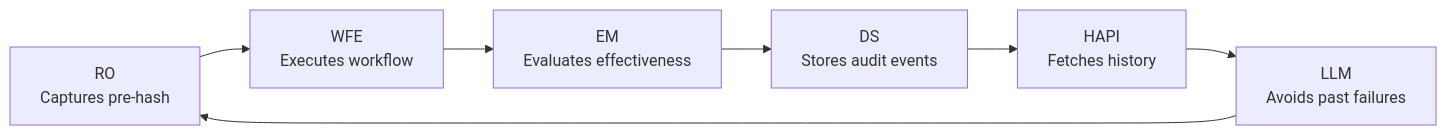
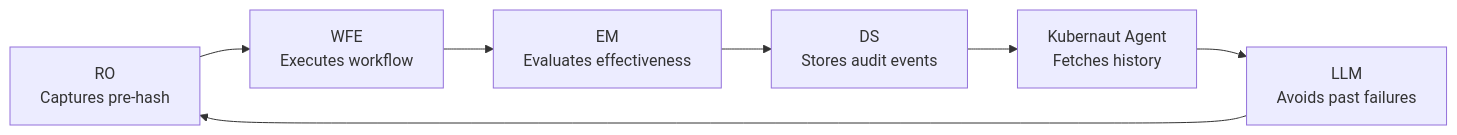
Before and after one commit to jordigilh/kubernaut-docs: the second of 3 diagrams in docs/architecture/hapi-investigation.md, drawn with Mermaid. The commit also changed other lines of this file and 44 other files, not shown here.

First line of the commit message:
docs: rename holmesgpt-api to kubernaut-agent across all docs (v1.3)

````diff
--- a/docs/architecture/hapi-investigation.md
+++ b/docs/architecture/hapi-investigation.md
@@ -352,9 +352,9 @@
 ```mermaid
 flowchart LR
     RO["RO<br/>Captures pre-hash"] --> WFE["WFE<br/>Executes workflow"]
     WFE --> EM["EM<br/>Evaluates effectiveness"]
     EM --> DS["DS<br/>Stores audit events"]
-    DS --> HAPI["HAPI<br/>Fetches history"]
-    HAPI --> LLM["LLM<br/>Avoids past failures"]
+    DS --> KA["Kubernaut Agent<br/>Fetches history"]
+    KA --> LLM["LLM<br/>Avoids past failures"]
     LLM --> RO
 ```
````
